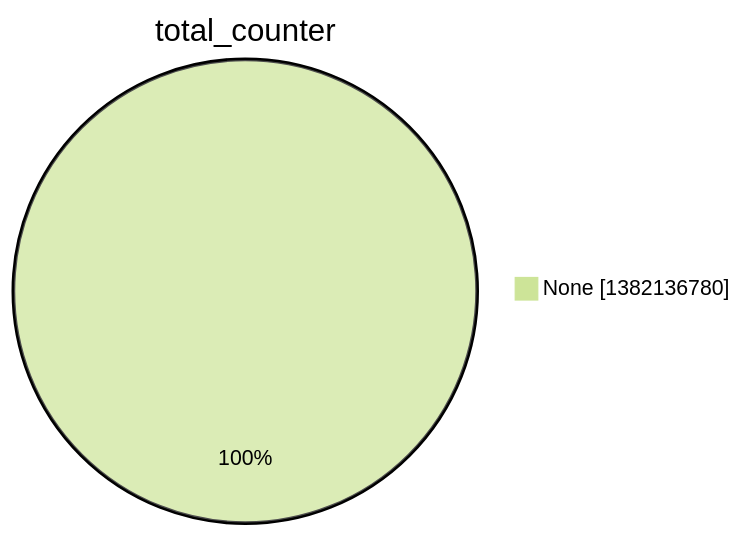
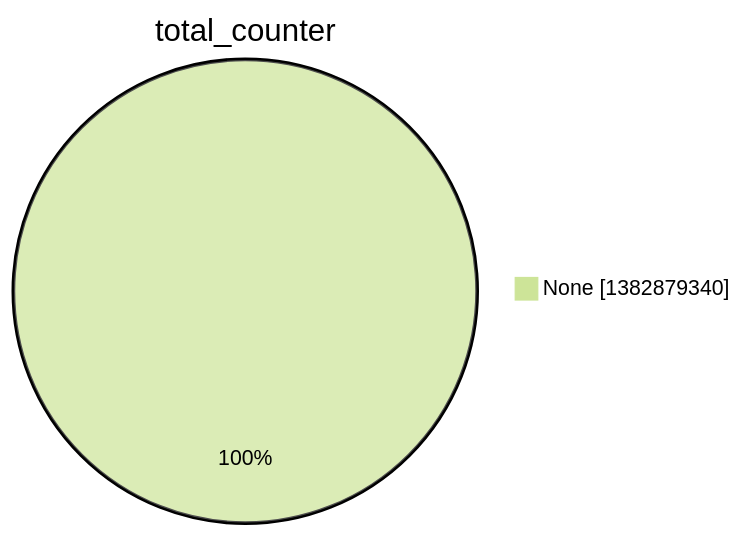
The second of 15 diagrams in argon2022/README.md (christiankrug/ctmonitor_visualization), drawn with Mermaid (forest theme) before and after one commit. The commit also changed other lines of this file, not shown here.

````diff
--- a/argon2022/README.md
+++ b/argon2022/README.md
@@ -9,5 +9,5 @@
 ```mermaid
 pie showData
 title total_counter
-"None" :1382136780
+"None" :1382879340
 ```
````
